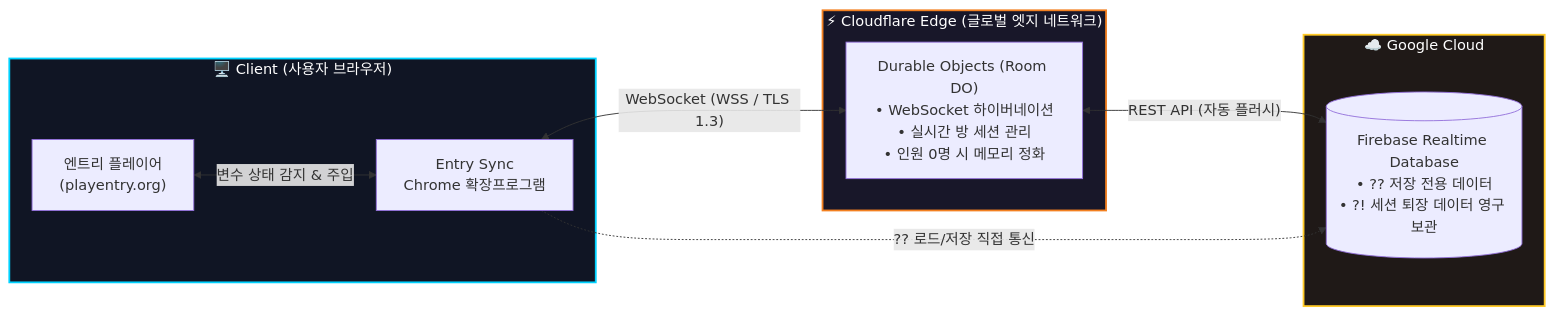
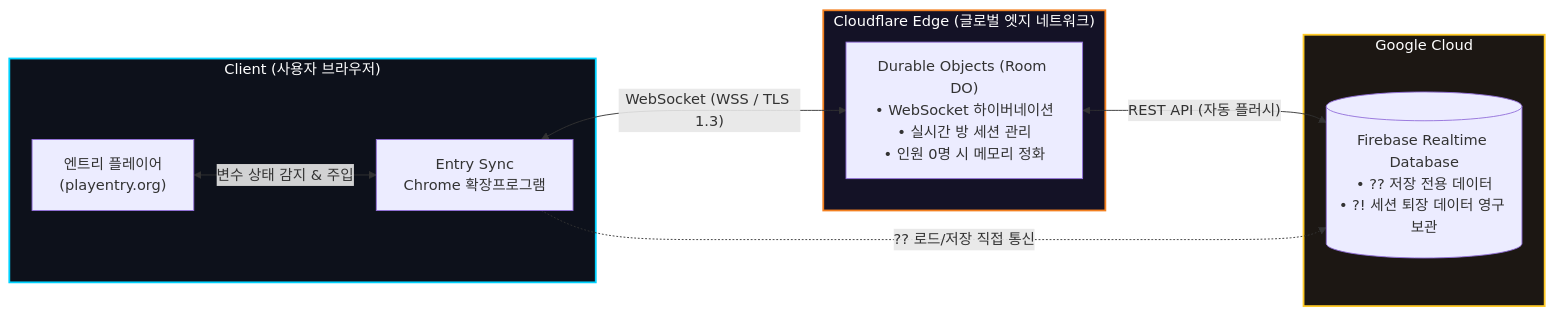
The diagram in README.md (good-bad-code/Entry-Sync), drawn with Mermaid before and after one commit. The commit also changed other lines of this file, not shown here.

````diff
--- a/README.md
+++ b/README.md
@@ -121,24 +121,24 @@
 ```mermaid
 flowchart LR
-    subgraph Client ["🖥️ Client (사용자 브라우저)"]
+    subgraph Client ["Client (사용자 브라우저)"]
         Entry["엔트리 플레이어\n(playentry.org)"]
         Ext["Entry Sync\nChrome 확장프로그램"]
         Entry <-->|"변수 상태 감지 & 주입"| Ext
     end
 
-    subgraph Cloudflare ["⚡ Cloudflare Edge (글로벌 엣지 네트워크)"]
+    subgraph Cloudflare ["Cloudflare Edge (글로벌 엣지 네트워크)"]
         DO["Durable Objects (Room DO)\n• WebSocket 하이버네이션\n• 실시간 방 세션 관리\n• 인원 0명 시 메모리 정화"]
     end
 
-    subgraph Google ["☁️ Google Cloud"]
+    subgraph Google ["Google Cloud"]
         FB[("Firebase Realtime Database\n• ?? 저장 전용 데이터\n• ?! 세션 퇴장 데이터 영구 보관")]
     end
 
     Ext <-->|"WebSocket (WSS / TLS 1.3)"| DO
     DO <-->|"REST API (자동 플러시)"| FB
     Ext -.->|"?? 로드/저장 직접 통신"| FB
 
-    style Client fill:#101524,stroke:#00d2ff,stroke-width:2px,color:#fff
-    style Cloudflare fill:#181729,stroke:#f38020,stroke-width:2px,color:#fff
-    style Google fill:#1f1917,stroke:#ffca28,stroke-width:2px,color:#fff
+    style Client fill:#0d111b,stroke:#00d2ff,stroke-width:2px,color:#fff
+    style Cloudflare fill:#141226,stroke:#f38020,stroke-width:2px,color:#fff
+    style Google fill:#1c1713,stroke:#ffca28,stroke-width:2px,color:#fff
 ```
````
